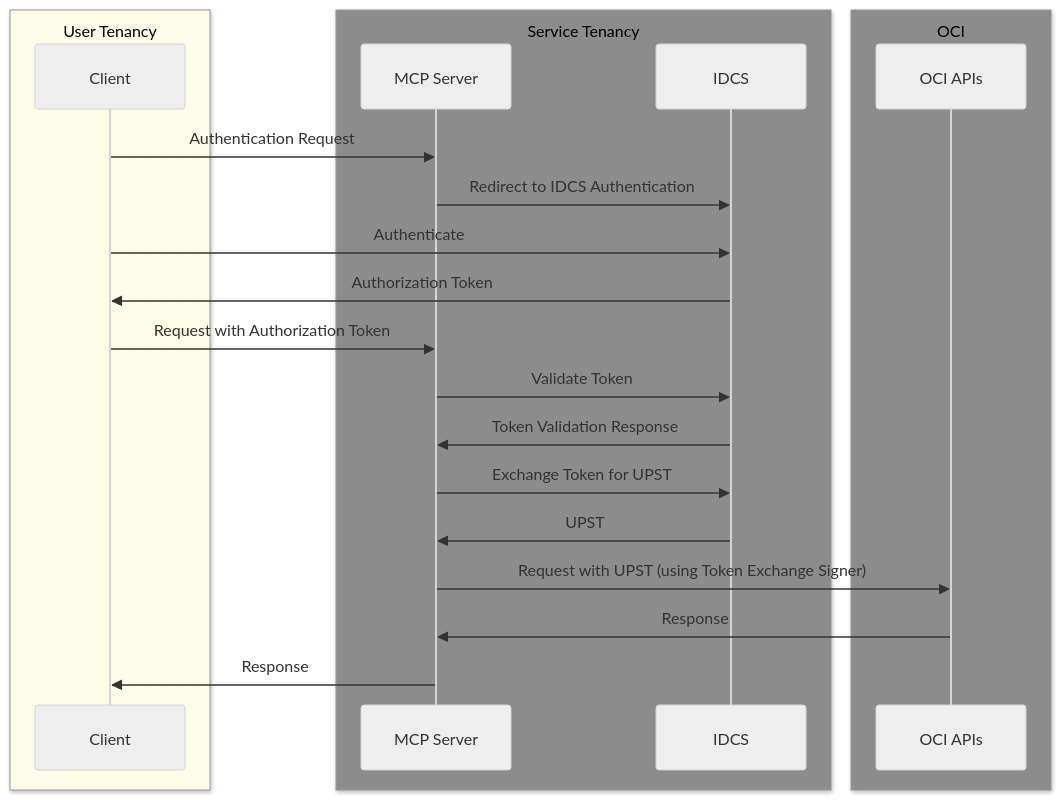
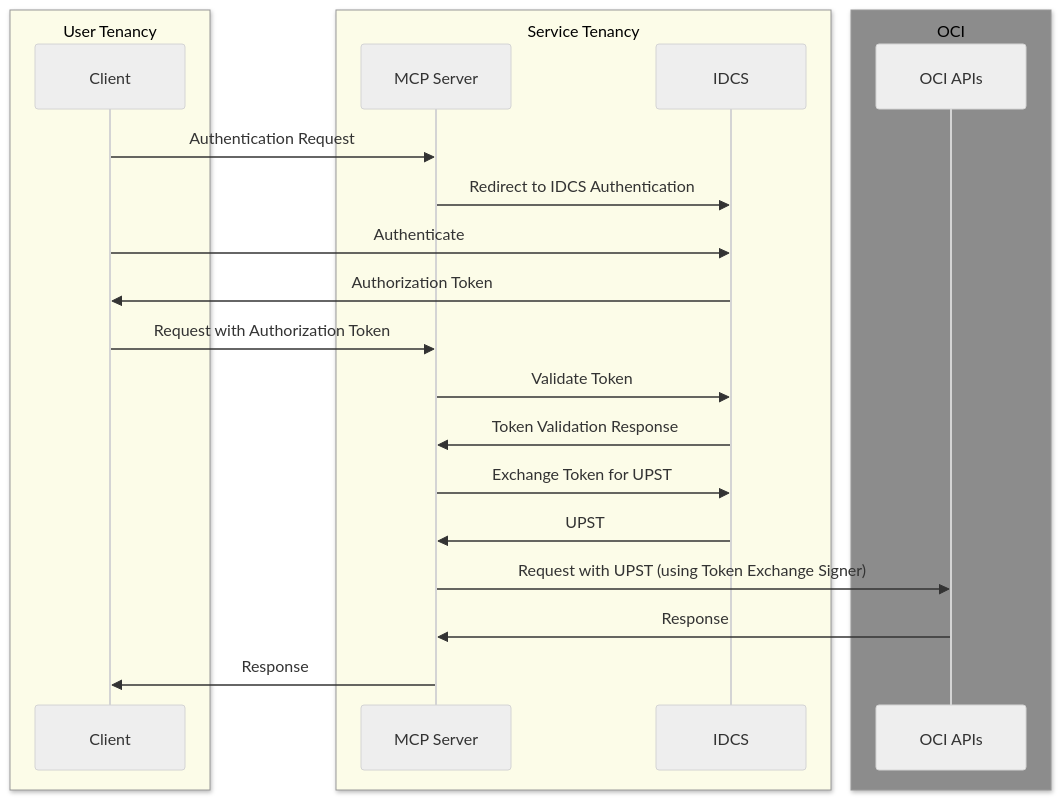
One commit to cboffa13/mcp-examples changed the diagram in server/README.md. Above: the diagram before and after it, drawn with Mermaid (neutral theme).

````diff
--- a/server/README.md
+++ b/server/README.md
@@ -40,27 +40,27 @@
 ```mermaid
 sequenceDiagram
     box hsl(60, 80%, 95%) User Tenancy
     participant Client
     end
-    box rgb(140,140,140) Service Tenancy
+    box hsl(60, 80%, 95%) Service Tenancy
     participant MCP Server
     participant IDCS
     end
 
     box rgb(140,140,140) OCI
     participant OCI APIs
     end
 
     Client->>MCP Server: Authentication Request
     MCP Server->>IDCS: Redirect to IDCS Authentication
     Client->>IDCS: Authenticate
     IDCS->>Client: Authorization Token
     Client->>MCP Server: Request with Authorization Token
     MCP Server->>IDCS: Validate Token
     IDCS->>MCP Server: Token Validation Response
     MCP Server->>IDCS: Exchange Token for UPST
     IDCS->>MCP Server: UPST
     MCP Server->>OCI APIs: Request with UPST (using Token Exchange Signer)
     OCI APIs->>MCP Server: Response
     MCP Server->>Client: Response
 ```
````
